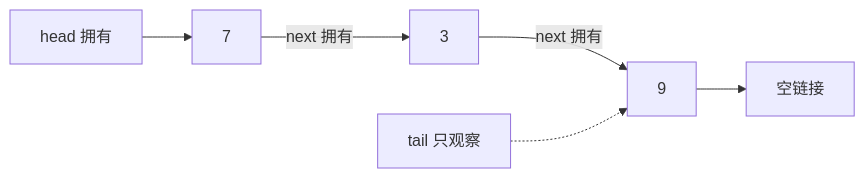
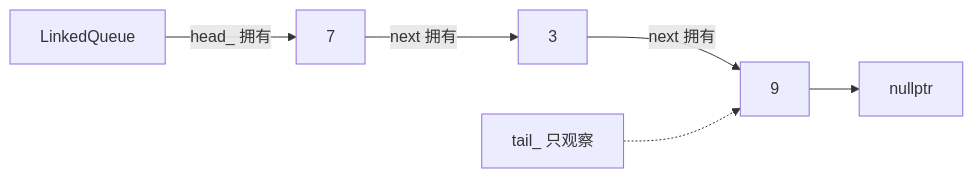
One commit to cafelemon/become_engineer changed the diagram in learning-paths/cs-core/08-queue-fifo-head-tail-invariants.md. Above: the diagram before and after it, drawn with Mermaid. The commit also changed other lines of this file and 205 other files, not shown here.

````diff
--- a/learning-paths/cs-core/08-queue-fifo-head-tail-invariants.md
+++ b/learning-paths/cs-core/08-queue-fifo-head-tail-invariants.md
@@ -71,8 +87,8 @@
 ```mermaid
 flowchart LR
-    Head["head 拥有"] --> N7["7"]
+    Queue["LinkedQueue"] -->|"head_ 拥有"| N7["7"]
     N7 -->|"next 拥有"| N3["3"]
     N3 -->|"next 拥有"| N9["9"]
-    Tail["tail 只观察"] -.-> N9
-    N9 --> Null["空链接"]
+    Tail["tail_ 只观察"] -.-> N9
+    N9 --> Null["nullptr"]
 ```
````
